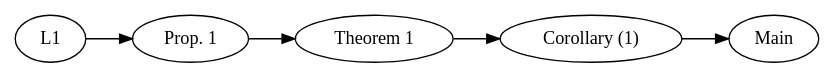
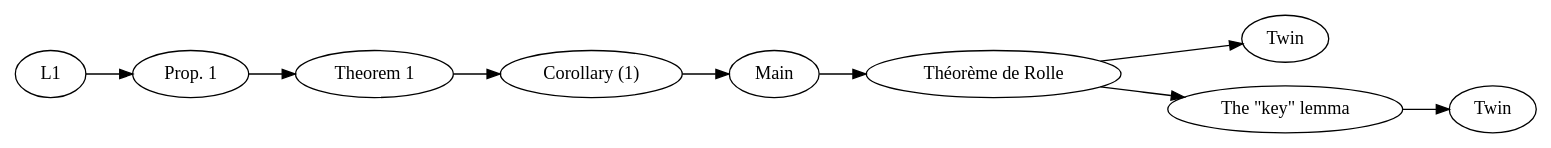
Before and after one commit to PierreSenellart/proofgraph: the diagram in examples/nodelabel/reference.dot, drawn with Graphviz. The commit also changed 6 other files, not shown here.

```diff
--- a/examples/nodelabel/reference.dot
+++ b/examples/nodelabel/reference.dot
@@ -1,12 +1,20 @@
 digraph proofgraph {
   rankdir="LR";
+  "n9" [label="Twin"];
+  "n8" [label="Twin"];
+  "n7" [label="The \"key\" lemma"];
+  "n6" [label="Théorème de Rolle"];
   "n5" [label="Main"];
   "n4" [label="Corollary (1)"];
   "n3" [label="Theorem 1"];
   "n2" [label="Prop. 1"];
   "n1" [label="L1"];
   "n1" -> "n2";
   "n2" -> "n3";
   "n3" -> "n4";
   "n4" -> "n5";
+  "n5" -> "n6";
+  "n6" -> "n7";
+  "n7" -> "n8";
+  "n6" -> "n9";
 }
```
